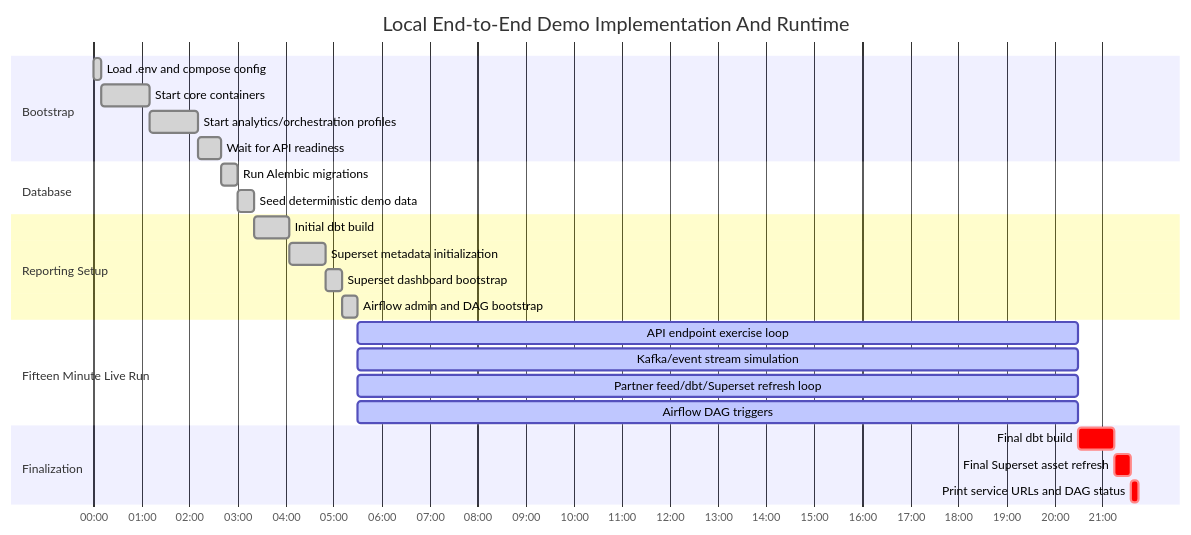
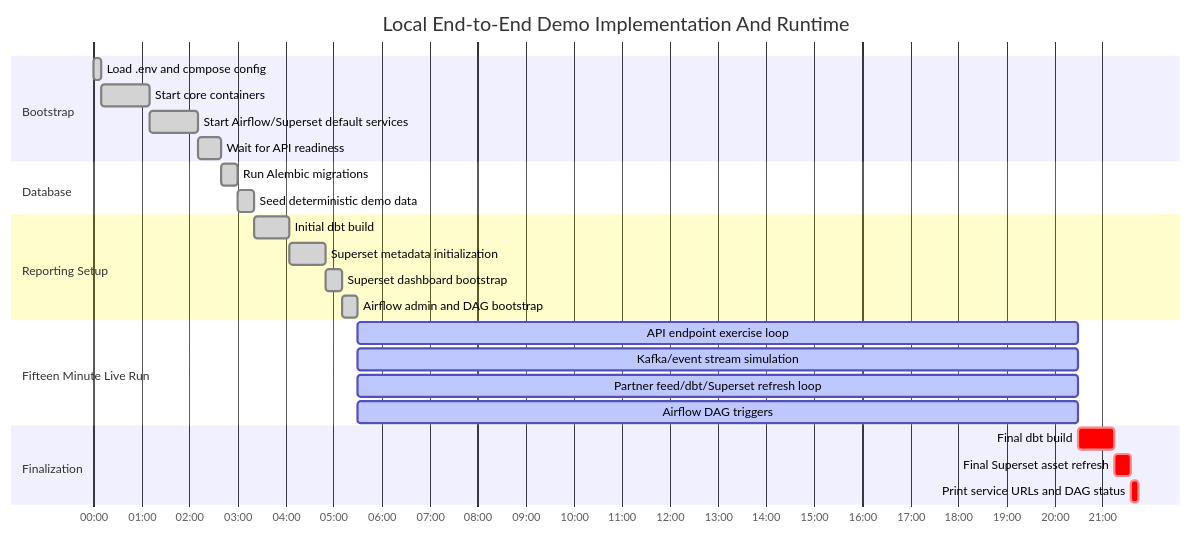
Before and after one commit to waigisteve/agent-network-infra-sim: the second of 2 diagrams in docs/implementation-process.md, drawn with Mermaid. The commit also changed 8 other files, not shown here.

Commit message:
Start Airflow and Superset by default

````diff
--- a/docs/implementation-process.md
+++ b/docs/implementation-process.md
@@ -46,33 +46,33 @@
 ```mermaid
 gantt
     title Local End-to-End Demo Implementation And Runtime
     dateFormat  X
     axisFormat  %M:%S
 
     section Bootstrap
     Load .env and compose config          :done, env, 0, 10s
     Start core containers                 :done, core, after env, 60s
-    Start analytics/orchestration profiles:done, profiles, after core, 60s
-    Wait for API readiness                :done, ready, after profiles, 30s
+    Start Airflow/Superset default services:done, ui_services, after core, 60s
+    Wait for API readiness                :done, ready, after ui_services, 30s
 
     section Database
     Run Alembic migrations                :done, migrate, after ready, 20s
     Seed deterministic demo data          :done, seed, after migrate, 20s
 
     section Reporting Setup
     Initial dbt build                     :done, dbt1, after seed, 45s
     Superset metadata initialization      :done, ss1, after dbt1, 45s
     Superset dashboard bootstrap          :done, ss2, after ss1, 20s
     Airflow admin and DAG bootstrap       :done, af1, after ss2, 20s
 
     section Fifteen Minute Live Run
     API endpoint exercise loop            :active, endpoints, after af1, 900s
     Kafka/event stream simulation         :active, stream, after af1, 900s
     Partner feed/dbt/Superset refresh loop:active, partner, after af1, 900s
     Airflow DAG triggers                  :active, airflowruns, after af1, 900s
 
     section Finalization
     Final dbt build                       :crit, finaldbt, after endpoints, 45s
     Final Superset asset refresh          :crit, finalss, after finaldbt, 20s
     Print service URLs and DAG status     :crit, urls, after finalss, 10s
 ```
````
